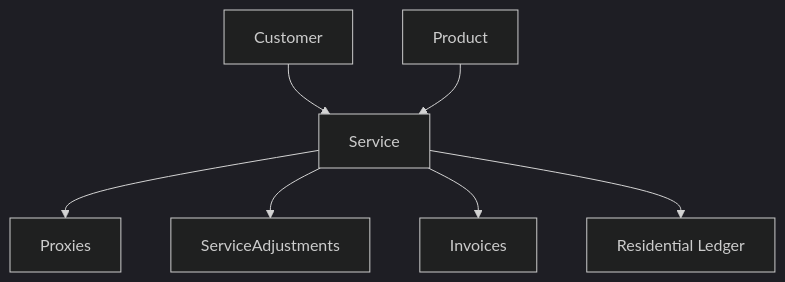
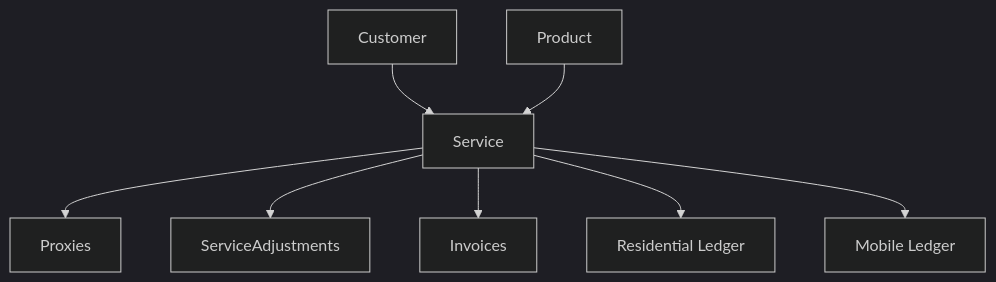
Before and after one commit to pingproxies/ping-proxies-public-api-docs: the diagram in api-objects/service.mdx, drawn with Mermaid (dark theme). The commit also changed other lines of this file and 26 other files, not shown here.

````diff
--- a/api-objects/service.mdx
+++ b/api-objects/service.mdx
@@ -51,9 +51,10 @@
 ```mermaid
 graph TD
     Customer --> Service
     Service --> Proxies
     Service --> ServiceAdjustments
     Service --> Invoices
     Service --> ResidentialLedger[Residential Ledger]
+    Service --> MobileLedger[Mobile Ledger]
     Product --> Service
 ```
````
